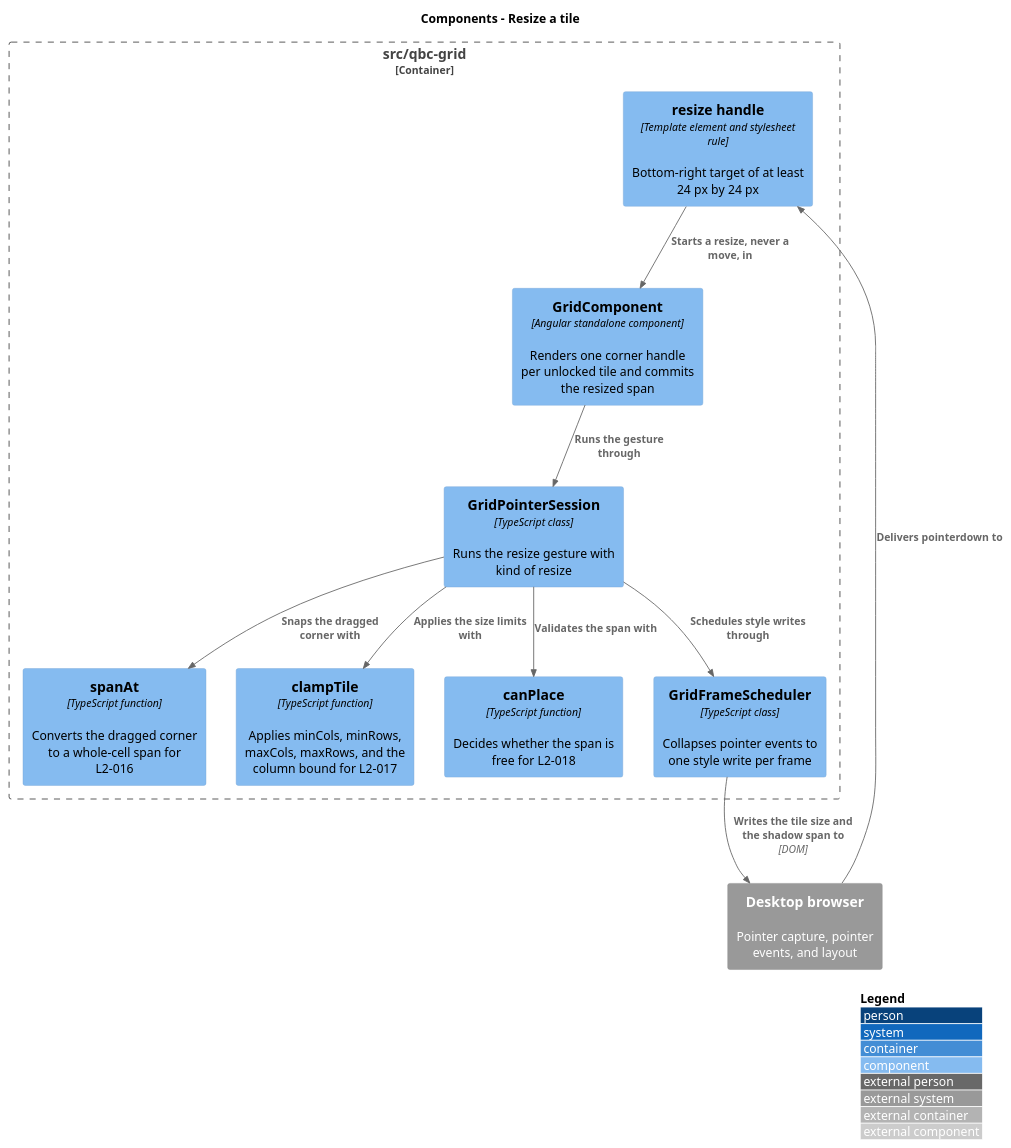
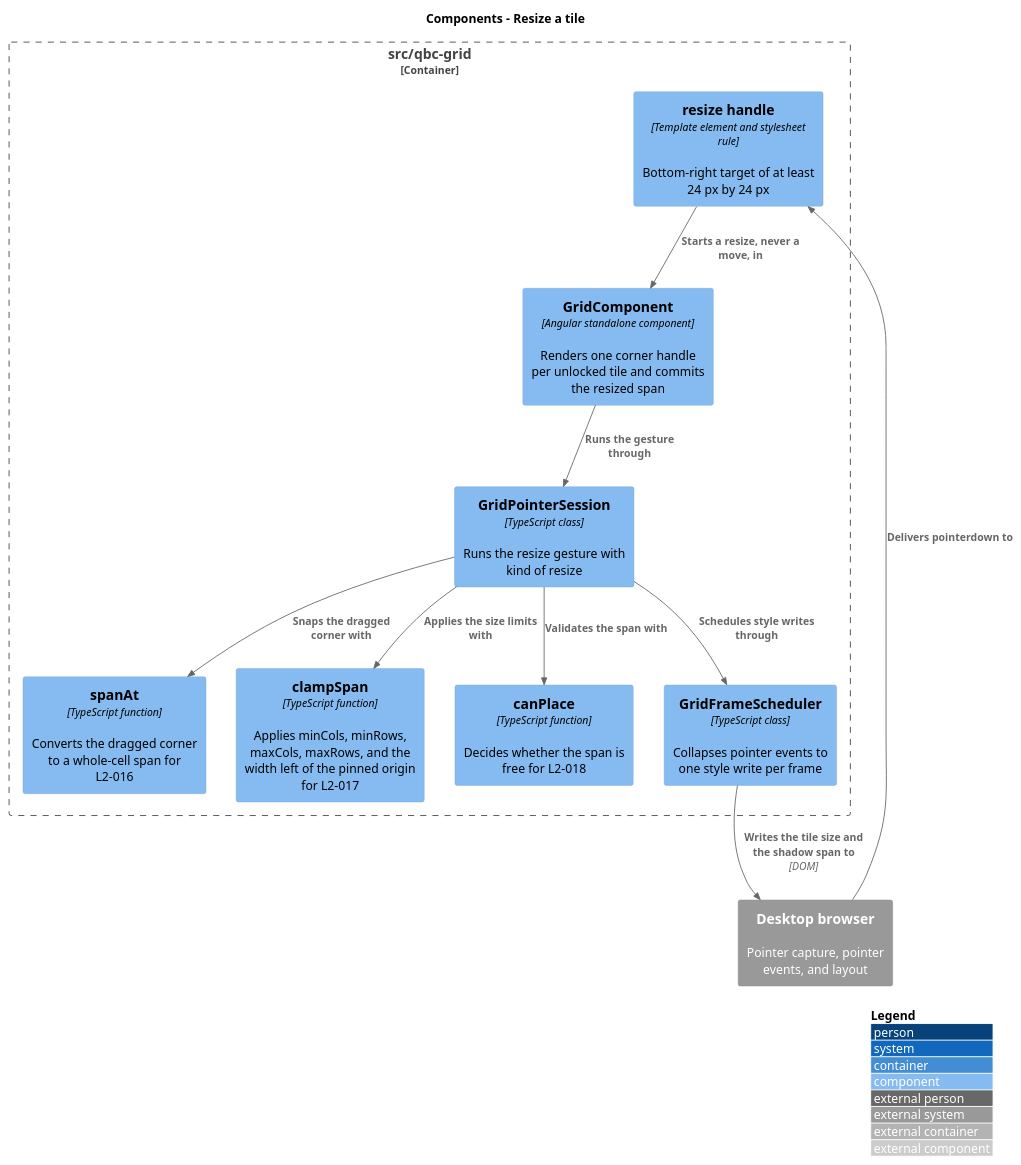
One commit to QuinntyneBrown/qbc-grid changed the diagram in docs/detailed-designs/tile-interaction/resize-a-tile/diagrams/c4-component.puml. Above: the diagram before and after it, drawn with PlantUML. The commit also changed 19 other files, not shown here.

```diff
--- a/docs/detailed-designs/tile-interaction/resize-a-tile/diagrams/c4-component.puml
+++ b/docs/detailed-designs/tile-interaction/resize-a-tile/diagrams/c4-component.puml
@@ -1,26 +1,26 @@
 @startuml
 !include <C4/C4_Component>
 LAYOUT_WITH_LEGEND()
 title Components - Resize a tile
 
 Container_Boundary(components, "src/qbc-grid") {
   Component(grid, "GridComponent", "Angular standalone component", "Renders one corner handle per unlocked tile and commits the resized span")
   Component(handle, "resize handle", "Template element and stylesheet rule", "Bottom-right target of at least 24 px by 24 px")
   Component(session, "GridPointerSession", "TypeScript class", "Runs the resize gesture with kind of resize")
   Component(spanat, "spanAt", "TypeScript function", "Converts the dragged corner to a whole-cell span for L2-016")
-  Component(clamp, "clampTile", "TypeScript function", "Applies minCols, minRows, maxCols, maxRows, and the column bound for L2-017")
+  Component(clamp, "clampSpan", "TypeScript function", "Applies minCols, minRows, maxCols, maxRows, and the width left of the pinned origin for L2-017")
   Component(canplace, "canPlace", "TypeScript function", "Decides whether the span is free for L2-018")
   Component(scheduler, "GridFrameScheduler", "TypeScript class", "Collapses pointer events to one style write per frame")
 }
 
 System_Ext(browser, "Desktop browser", "Pointer capture, pointer events, and layout")
 
 Rel(browser, handle, "Delivers pointerdown to")
 Rel(handle, grid, "Starts a resize, never a move, in")
 Rel(grid, session, "Runs the gesture through")
 Rel(session, spanat, "Snaps the dragged corner with")
 Rel(session, clamp, "Applies the size limits with")
 Rel(session, canplace, "Validates the span with")
 Rel(session, scheduler, "Schedules style writes through")
 Rel(scheduler, browser, "Writes the tile size and the shadow span to", "DOM")
 @enduml
```
